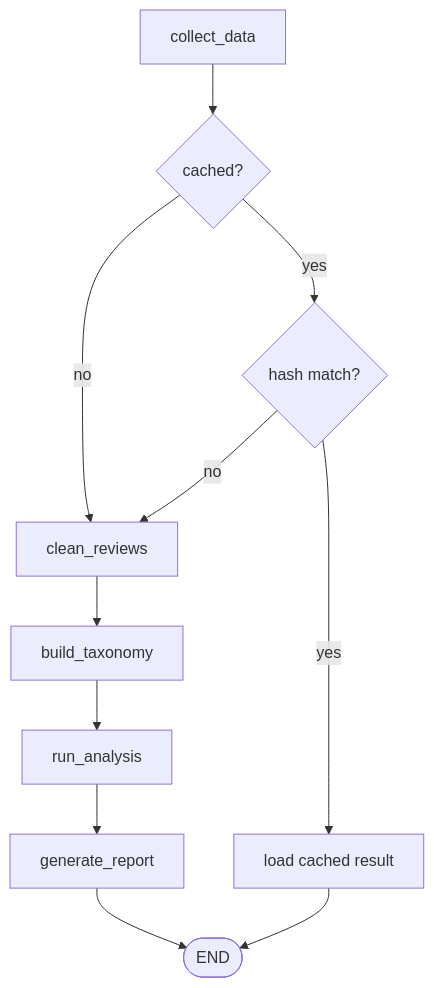
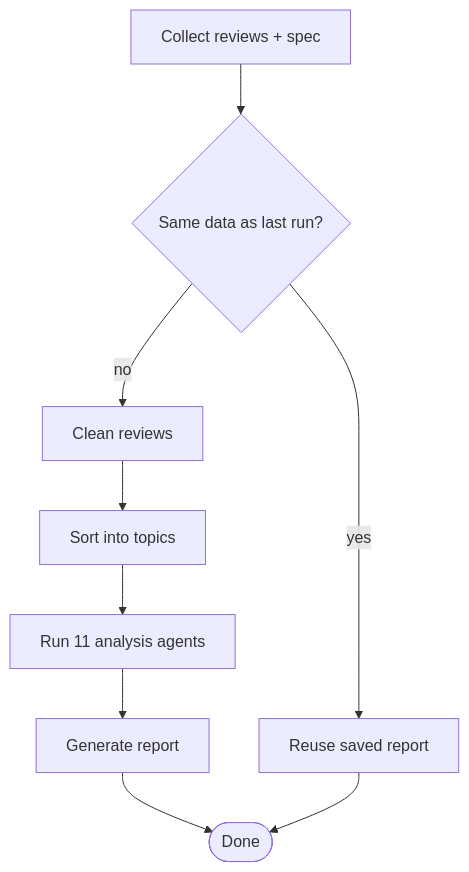
One commit to dianakang/voc-intelligence-platform changed the first of 4 diagrams in README.md. Above: the diagram before and after it, drawn with Mermaid. The commit also changed other lines of this file, not shown here.

````diff
--- a/README.md
+++ b/README.md
@@ -11,10 +34,8 @@
 ```mermaid
 flowchart TD
-    A[collect_data] --> R{cached?}
-    R -->|no| C[clean_reviews]
-    R -->|yes| H{hash match?}
-    H -->|yes| B[load cached result]
-    H -->|no| C
-    C --> D[build_taxonomy] --> E[run_analysis] --> F[generate_report] --> G([END])
+    A[Collect reviews + spec] --> R{Same data as last run?}
+    R -->|no| C[Clean reviews]
+    R -->|yes| B[Reuse saved report]
+    C --> D[Sort into topics] --> E[Run 11 analysis agents] --> F[Generate report] --> G([Done])
     B --> G
 ```
````
